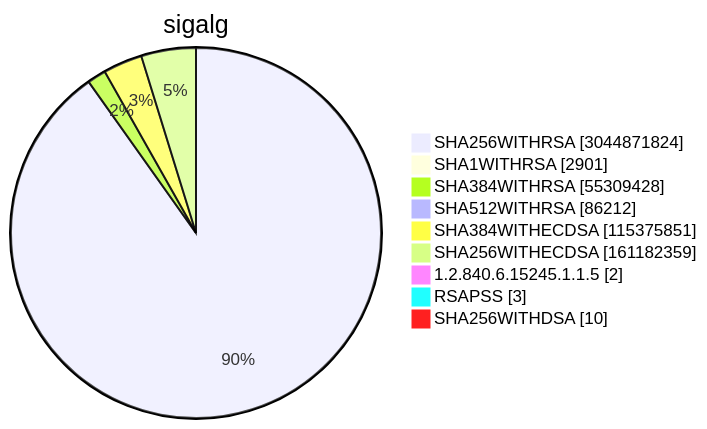
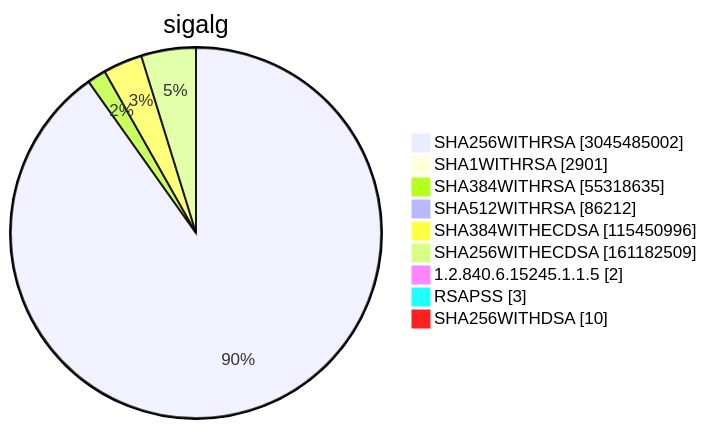
Diagram 15 of 15 in TOTAL/README.md (christiankrug/ctmonitor_visualization), drawn with Mermaid before and after one commit. The commit also changed other lines of this file, not shown here.

````diff
--- a/TOTAL/README.md
+++ b/TOTAL/README.md
@@ -6208,13 +6208,13 @@
 ```mermaid
 pie showData
 title sigalg
-"SHA256WITHRSA" :3044871824
+"SHA256WITHRSA" :3045485002
 "SHA1WITHRSA" :2901
-"SHA384WITHRSA" :55309428
+"SHA384WITHRSA" :55318635
 "SHA512WITHRSA" :86212
-"SHA384WITHECDSA" :115375851
-"SHA256WITHECDSA" :161182359
+"SHA384WITHECDSA" :115450996
+"SHA256WITHECDSA" :161182509
 "1.2.840.6.15245.1.1.5" :2
 "RSAPSS" :3
 "SHA256WITHDSA" :10
 ```
````
